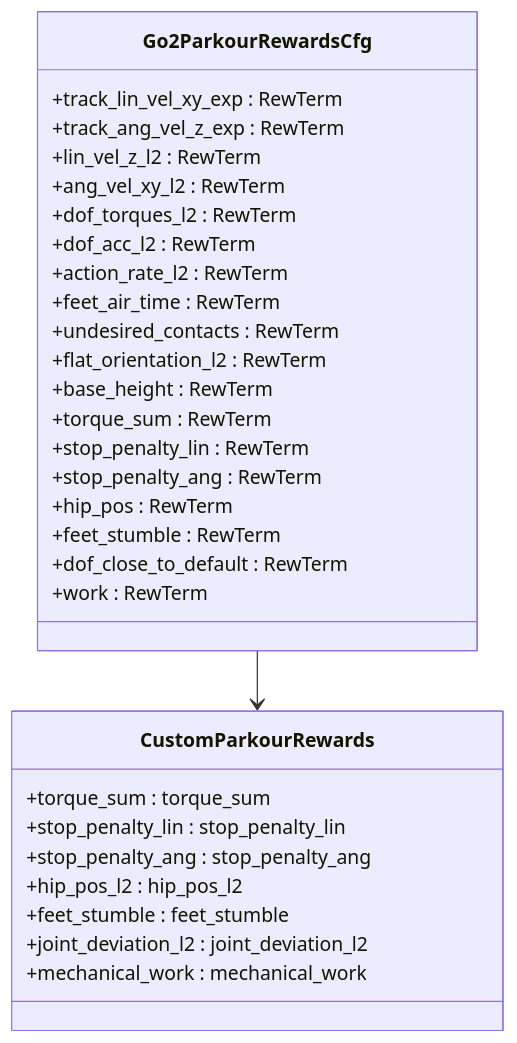
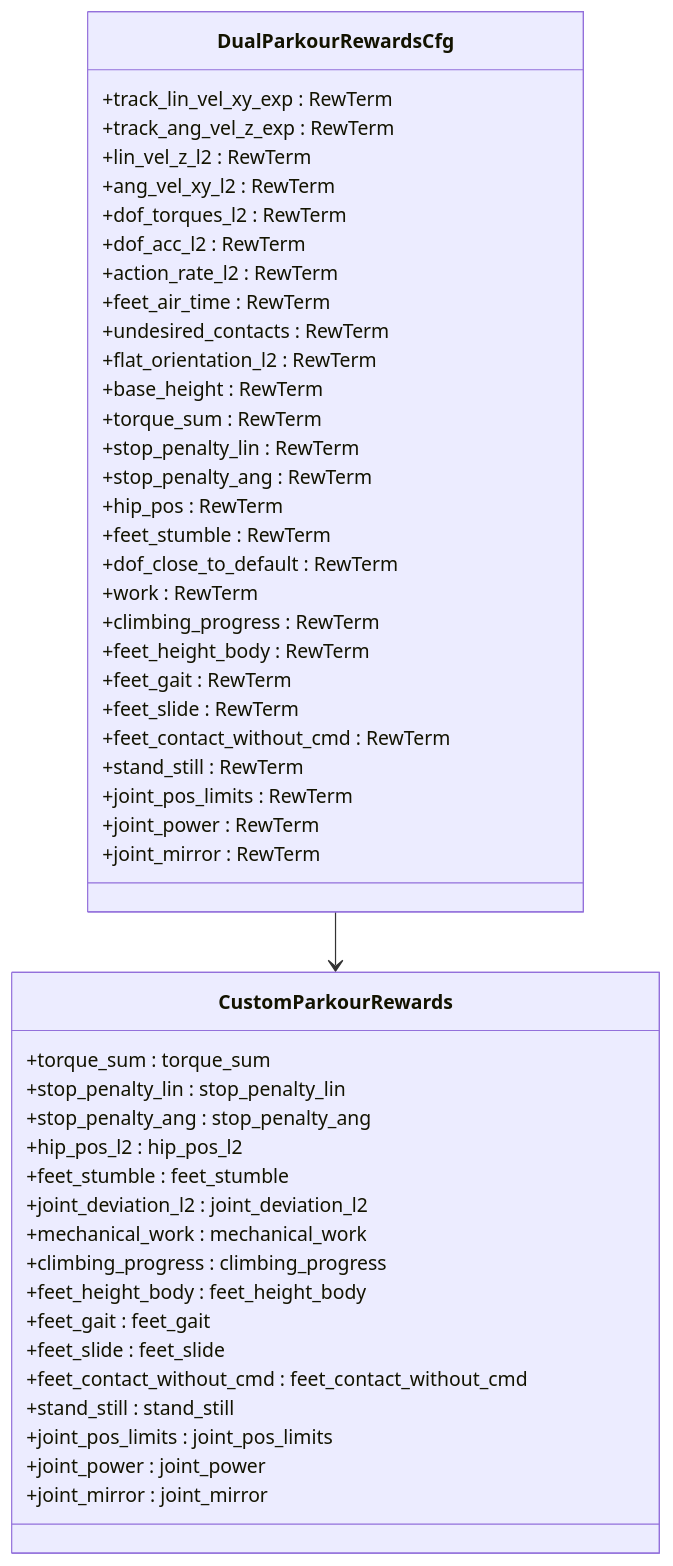
One commit to jayjayhust/robot_lab changed diagram 11 of 15 in .qoder/repowiki/en/content/Task Configuration Framework/Velocity-Based Locomotion Tasks/Parkour Navigation System.md. Above: the diagram before and after it, drawn with Mermaid. The commit also changed other lines of this file and 9 other files, not shown here.

````diff
--- a/.qoder/repowiki/en/content/Task Configuration Framework/Velocity-Based Locomotion Tasks/Parkour Navigation System.md
+++ b/.qoder/repowiki/en/content/Task Configuration Framework/Velocity-Based Locomotion Tasks/Parkour Navigation System.md
@@ -399,33 +496,51 @@
 ```mermaid
 classDiagram
-class Go2ParkourRewardsCfg {
+class DualParkourRewardsCfg {
 +track_lin_vel_xy_exp : RewTerm
 +track_ang_vel_z_exp : RewTerm
 +lin_vel_z_l2 : RewTerm
 +ang_vel_xy_l2 : RewTerm
 +dof_torques_l2 : RewTerm
 +dof_acc_l2 : RewTerm
 +action_rate_l2 : RewTerm
 +feet_air_time : RewTerm
 +undesired_contacts : RewTerm
 +flat_orientation_l2 : RewTerm
 +base_height : RewTerm
 +torque_sum : RewTerm
 +stop_penalty_lin : RewTerm
 +stop_penalty_ang : RewTerm
 +hip_pos : RewTerm
 +feet_stumble : RewTerm
 +dof_close_to_default : RewTerm
 +work : RewTerm
++climbing_progress : RewTerm
++feet_height_body : RewTerm
++feet_gait : RewTerm
++feet_slide : RewTerm
++feet_contact_without_cmd : RewTerm
++stand_still : RewTerm
++joint_pos_limits : RewTerm
++joint_power : RewTerm
++joint_mirror : RewTerm
 }
 class CustomParkourRewards {
 +torque_sum : torque_sum
 +stop_penalty_lin : stop_penalty_lin
 +stop_penalty_ang : stop_penalty_ang
 +hip_pos_l2 : hip_pos_l2
 +feet_stumble : feet_stumble
 +joint_deviation_l2 : joint_deviation_l2
 +mechanical_work : mechanical_work
++climbing_progress : climbing_progress
++feet_height_body : feet_height_body
++feet_gait : feet_gait
++feet_slide : feet_slide
++feet_contact_without_cmd : feet_contact_without_cmd
++stand_still : stand_still
++joint_pos_limits : joint_pos_limits
++joint_power : joint_power
++joint_mirror : joint_mirror
 }
-Go2ParkourRewardsCfg --> CustomParkourRewards
+DualParkourRewardsCfg --> CustomParkourRewards
 ```
````
